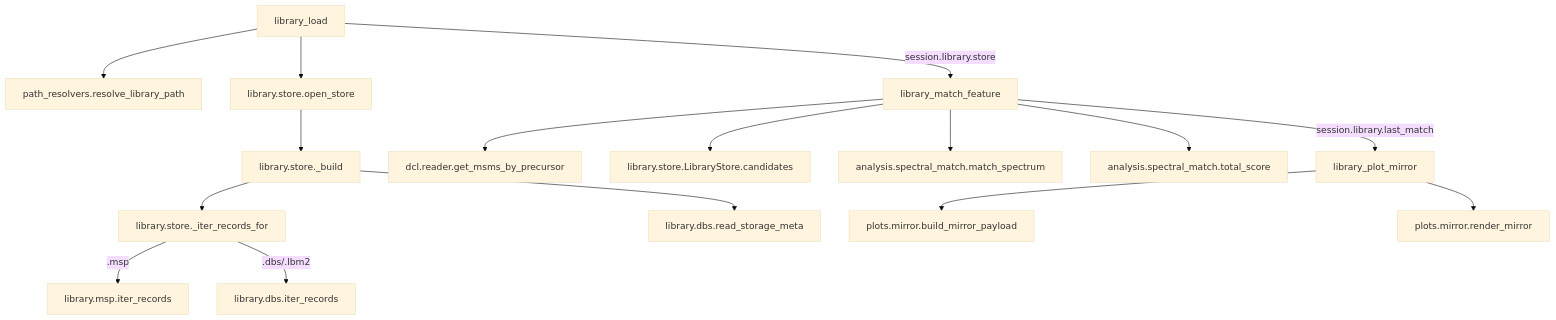
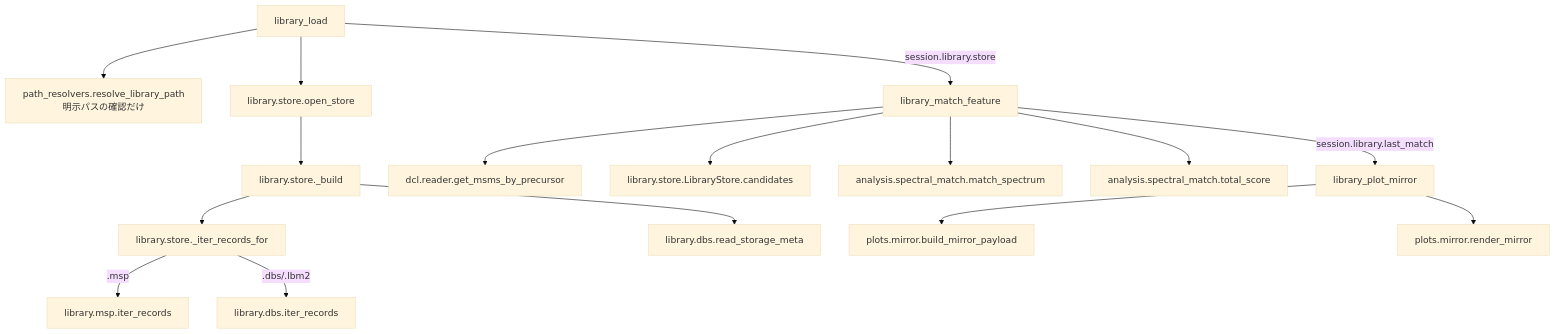
The diagram in docs/workflow/library.md (systemsomicslab/Metabolomix_with_LLM), drawn with Mermaid (base theme) before and after one commit. The commit also changed other lines of this file and 70 other files, not shown here.

````diff
--- a/docs/workflow/library.md
+++ b/docs/workflow/library.md
@@ -13,18 +13,18 @@
 ```mermaid
 flowchart TD
-    LL[library_load] --> RES[path_resolvers.resolve_library_path]
+    LL[library_load] --> RES[path_resolvers.resolve_library_path<br/>明示パスの確認だけ]
     LL --> OS[library.store.open_store]
     OS --> BLD[library.store._build]
     BLD --> ITR[library.store._iter_records_for]
     ITR -->|.msp| MSP[library.msp.iter_records]
     ITR -->|.dbs/.lbm2| DBS[library.dbs.iter_records]
     BLD --> META[library.dbs.read_storage_meta]
     LL -->|session.library.store| LM[library_match_feature]
     LM --> MS[dcl.reader.get_msms_by_precursor]
     LM --> CAND[library.store.LibraryStore.candidates]
     LM --> SCORE[analysis.spectral_match.match_spectrum]
     LM --> TOT[analysis.spectral_match.total_score]
     LM -->|session.library.last_match| LP[library_plot_mirror]
     LP --> MIR[plots.mirror.build_mirror_payload]
     LP --> REND[plots.mirror.render_mirror]
 ```
````
